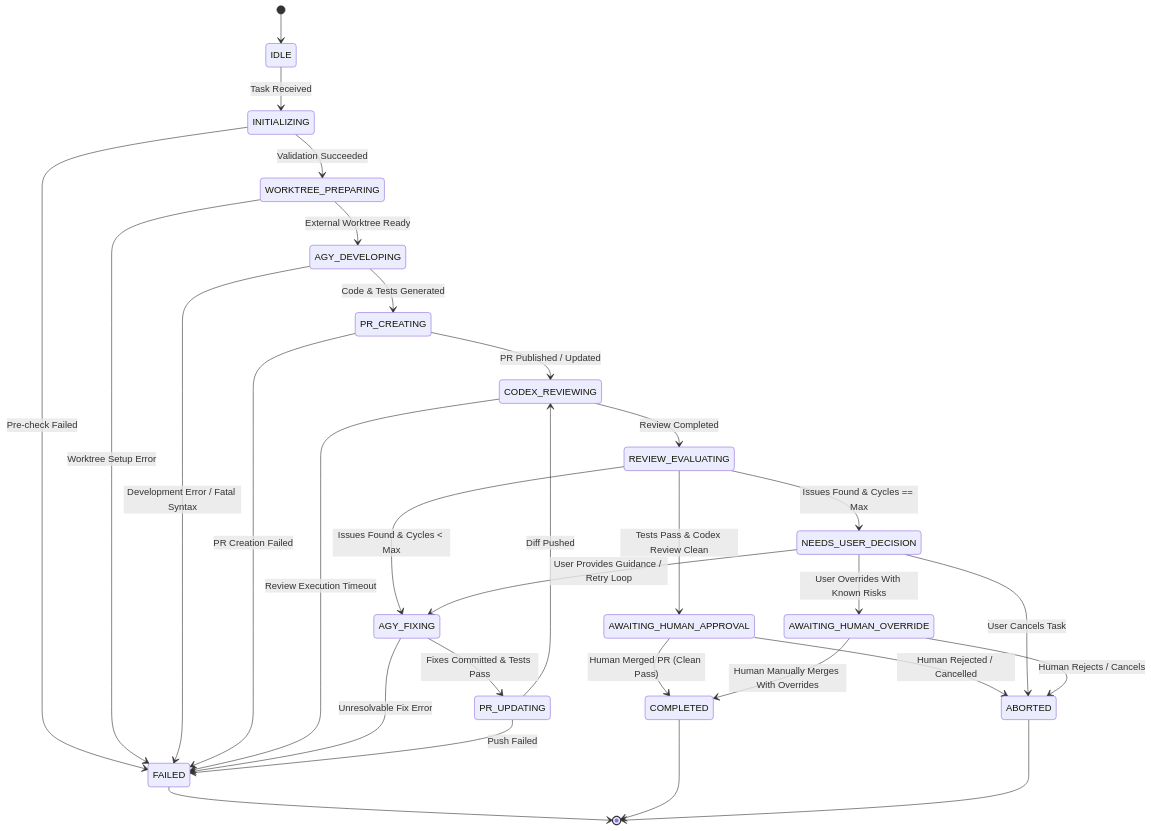
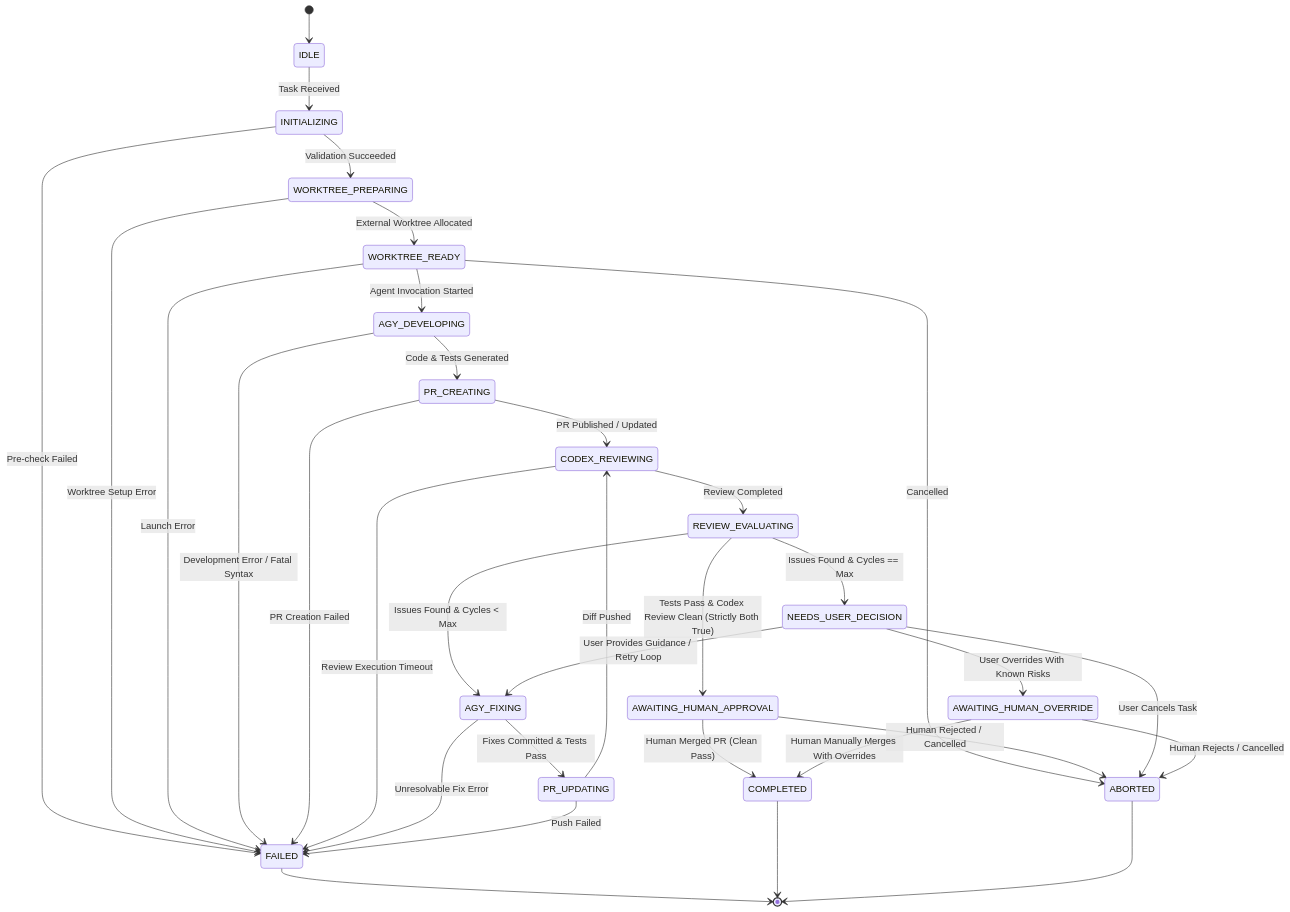
Before and after one commit to echoleesong/codex-anti-orchestrator: the diagram in docs/state-machine.md, drawn with Mermaid. The commit also changed other lines of this file and 12 other files, not shown here.

````diff
--- a/docs/state-machine.md
+++ b/docs/state-machine.md
@@ -11,43 +11,47 @@
 ```mermaid
 stateDiagram-v2
     [*] --> IDLE
     IDLE --> INITIALIZING: Task Received
     INITIALIZING --> WORKTREE_PREPARING: Validation Succeeded
     INITIALIZING --> FAILED: Pre-check Failed
 
-    WORKTREE_PREPARING --> AGY_DEVELOPING: External Worktree Ready
+    WORKTREE_PREPARING --> WORKTREE_READY: External Worktree Allocated
     WORKTREE_PREPARING --> FAILED: Worktree Setup Error
+
+    WORKTREE_READY --> AGY_DEVELOPING: Agent Invocation Started
+    WORKTREE_READY --> FAILED: Launch Error
+    WORKTREE_READY --> ABORTED: Cancelled
 
     AGY_DEVELOPING --> PR_CREATING: Code & Tests Generated
     AGY_DEVELOPING --> FAILED: Development Error / Fatal Syntax
 
     PR_CREATING --> CODEX_REVIEWING: PR Published / Updated
     PR_CREATING --> FAILED: PR Creation Failed
 
     CODEX_REVIEWING --> REVIEW_EVALUATING: Review Completed
     CODEX_REVIEWING --> FAILED: Review Execution Timeout
 
-    REVIEW_EVALUATING --> AWAITING_HUMAN_APPROVAL: Tests Pass & Codex Review Clean
+    REVIEW_EVALUATING --> AWAITING_HUMAN_APPROVAL: Tests Pass & Codex Review Clean (Strictly Both True)
     REVIEW_EVALUATING --> AGY_FIXING: Issues Found & Cycles < Max
     REVIEW_EVALUATING --> NEEDS_USER_DECISION: Issues Found & Cycles == Max
 
     AGY_FIXING --> PR_UPDATING: Fixes Committed & Tests Pass
     AGY_FIXING --> FAILED: Unresolvable Fix Error
 
     PR_UPDATING --> CODEX_REVIEWING: Diff Pushed
     PR_UPDATING --> FAILED: Push Failed
 
     AWAITING_HUMAN_APPROVAL --> COMPLETED: Human Merged PR (Clean Pass)
     AWAITING_HUMAN_APPROVAL --> ABORTED: Human Rejected / Cancelled
 
     NEEDS_USER_DECISION --> AGY_FIXING: User Provides Guidance / Retry Loop
     NEEDS_USER_DECISION --> AWAITING_HUMAN_OVERRIDE: User Overrides With Known Risks
     NEEDS_USER_DECISION --> ABORTED: User Cancels Task
 
     AWAITING_HUMAN_OVERRIDE --> COMPLETED: Human Manually Merges With Overrides
-    AWAITING_HUMAN_OVERRIDE --> ABORTED: Human Rejects / Cancels
+    AWAITING_HUMAN_OVERRIDE --> ABORTED: Human Rejects / Cancelled
 
     FAILED --> [*]
     COMPLETED --> [*]
     ABORTED --> [*]
 ```
````
